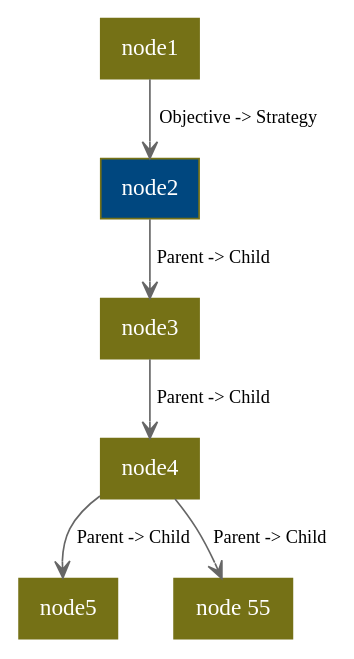
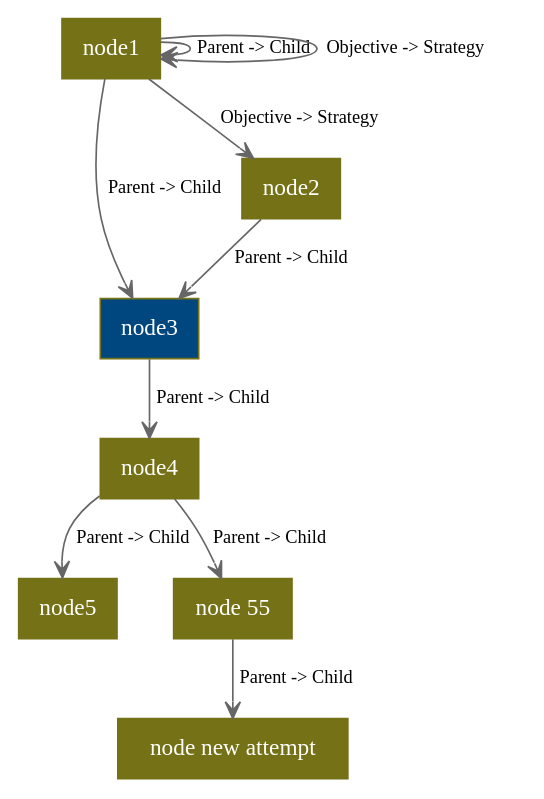
One commit to mickmioduszewski/digraph-rails changed the diagram in public/mickdot.dot. Above: the diagram before and after it, drawn with Graphviz. The commit also changed 5 other files, not shown here.

Commit message:
node show gets edge create and graph gets navigation for edges

```diff
--- a/public/mickdot.dot
+++ b/public/mickdot.dot
@@ -1,15 +1,20 @@
 digraph G { 
 edge [color="#666666", arrowhead="open", fontname="Trebuchet MS", fontsize="11"] 
 node [color="#757116", style=filled, shape=box, fontname="Trebuchet MS", fontcolor="White"]
-n2 [URL="/nodes/2",  label="node2", style=filled fillcolor="#00477f"]
+n3 [URL="/nodes/3",  label="node3", style=filled fillcolor="#00477f"]
+n2 [URL="/nodes/2",  label="node2"]
 n1 [URL="/nodes/1",  label="node1"]
-n3 [URL="/nodes/3",  label="node3"]
 n4 [URL="/nodes/4",  label="node4"]
 n5 [URL="/nodes/5",  label="node5"]
 n13 [URL="/nodes/13",  label="node 55"]
-n1 -> n2 [label="Objective -> Strategy"]
-n2 -> n3 [label="Parent -> Child"]
-n3 -> n4 [label="Parent -> Child"]
-n4 -> n5 [label="Parent -> Child"]
-n4 -> n13 [label="Parent -> Child"]
+n14 [URL="/nodes/14",  label="node new attempt"]
+n2 -> n3 [URL="/edges/2",  label="Parent -> Child"]
+n1 -> n2 [URL="/edges/1",  label="Objective -> Strategy"]
+n1 -> n1 [URL="/edges/9",  label="Parent -> Child"]
+n1 -> n1 [URL="/edges/10",  label="Objective -> Strategy"]
+n1 -> n3 [URL="/edges/5",  label="Parent -> Child"]
+n3 -> n4 [URL="/edges/6",  label="Parent -> Child"]
+n4 -> n5 [URL="/edges/3",  label="Parent -> Child"]
+n4 -> n13 [URL="/edges/7",  label="Parent -> Child"]
+n13 -> n14 [URL="/edges/8",  label="Parent -> Child"]
   }
```
